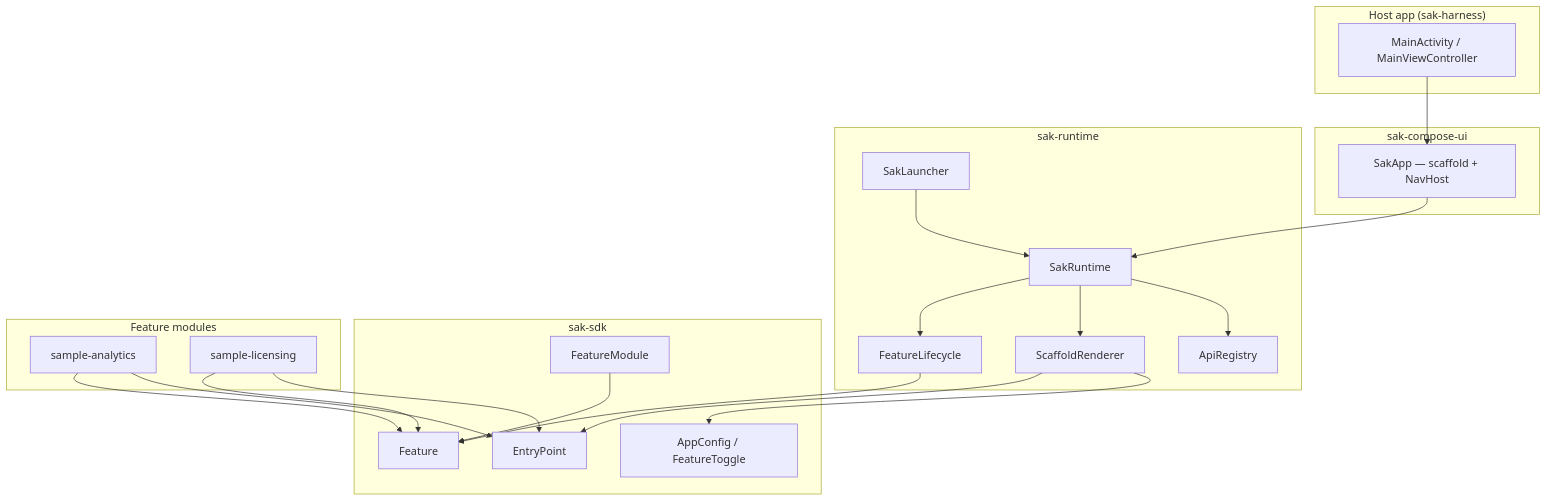
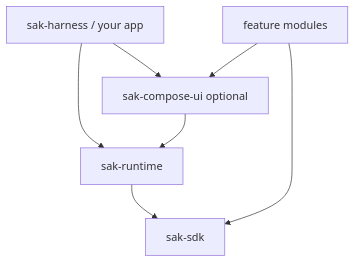
Before and after one commit to san-sk/sak: the second of 4 diagrams in docs/ARCHITECTURE.md, drawn with Mermaid. The commit also changed other lines of this file and 67 other files, not shown here.

First line of the commit message:
Refactor SAK to entitlement-driven SDK and lean runtime.

````diff
--- a/docs/ARCHITECTURE.md
+++ b/docs/ARCHITECTURE.md
@@ -13,45 +53,15 @@
 ```mermaid
 flowchart TB
-    subgraph Host["Host app (sak-harness)"]
-        H[MainActivity / MainViewController]
-    end
+    HostApp[sak-harness / your app]
+    ComposeUI[sak-compose-ui optional]
+    Runtime[sak-runtime]
+    SDK[sak-sdk]
+    Features[feature modules]
 
-    subgraph UI["sak-compose-ui"]
-        SA[SakApp — scaffold + NavHost]
-    end
-
-    subgraph Runtime["sak-runtime"]
-        SL[SakLauncher]
-        SR[SakRuntime]
-        FL[FeatureLifecycle]
-        SCR[ScaffoldRenderer]
-        AR[ApiRegistry]
-    end
-
-    subgraph SDK["sak-sdk"]
-        F[Feature]
-        CFG[AppConfig / FeatureToggle]
-        EP[EntryPoint]
-        FM[FeatureModule]
-    end
-
-    subgraph Features["Feature modules"]
-        A[sample-analytics]
-        L[sample-licensing]
-    end
-
-    H --> SA
-    SA --> SR
-    SL --> SR
-    SR --> FL
-    SR --> SCR
-    SR --> AR
-    FL --> F
-    SCR --> EP
-    SCR --> CFG
-    FM --> F
-    A --> F
-    L --> F
-    A --> EP
-    L --> EP
+    HostApp --> ComposeUI
+    HostApp --> Runtime
+    ComposeUI --> Runtime
+    Runtime --> SDK
+    Features --> SDK
+    Features --> ComposeUI
 ```
````
